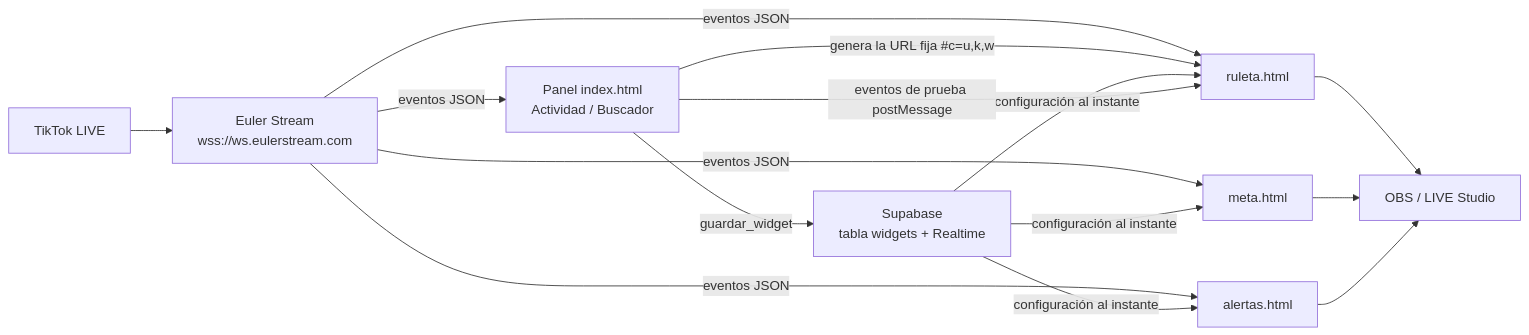
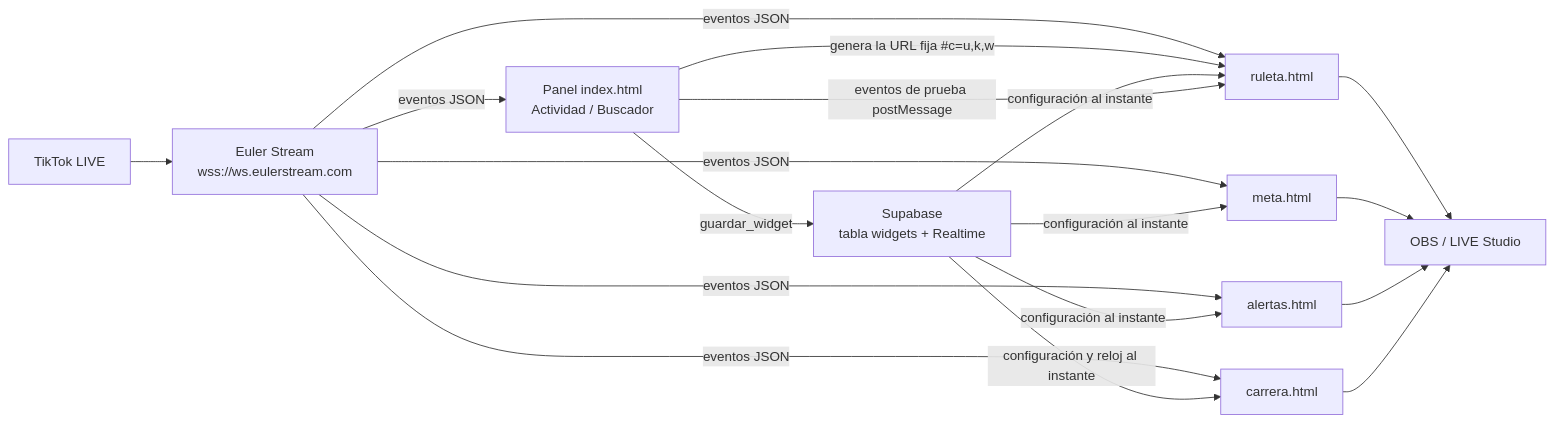
The first of 2 diagrams in README.md (ardiladev/live-tools), drawn with Mermaid before and after one commit. The commit also changed other lines of this file and 1 other file, not shown here.

First line of the commit message:
Documentación: Carrera de regalos en el README y el Word

````diff
--- a/README.md
+++ b/README.md
@@ -114,17 +115,20 @@
 ```mermaid
 flowchart LR
   TT[TikTok LIVE] --> EU[Euler Stream<br/>wss://ws.eulerstream.com]
   EU -->|eventos JSON| W1[ruleta.html]
   EU -->|eventos JSON| W2[meta.html]
   EU -->|eventos JSON| W3[alertas.html]
+  EU -->|eventos JSON| W4[carrera.html]
   EU -->|eventos JSON| P[Panel index.html<br/>Actividad / Buscador]
   P -->|genera la URL fija #c=u,k,w| W1
   P -->|guardar_widget| SB[Supabase<br/>tabla widgets + Realtime]
   SB -->|configuración al instante| W1
   SB -->|configuración al instante| W2
   SB -->|configuración al instante| W3
+  SB -->|configuración y reloj al instante| W4
   P -->|eventos de prueba postMessage| W1
   W1 --> OBS[OBS / LIVE Studio]
   W2 --> OBS
   W3 --> OBS
+  W4 --> OBS
 ```
````
